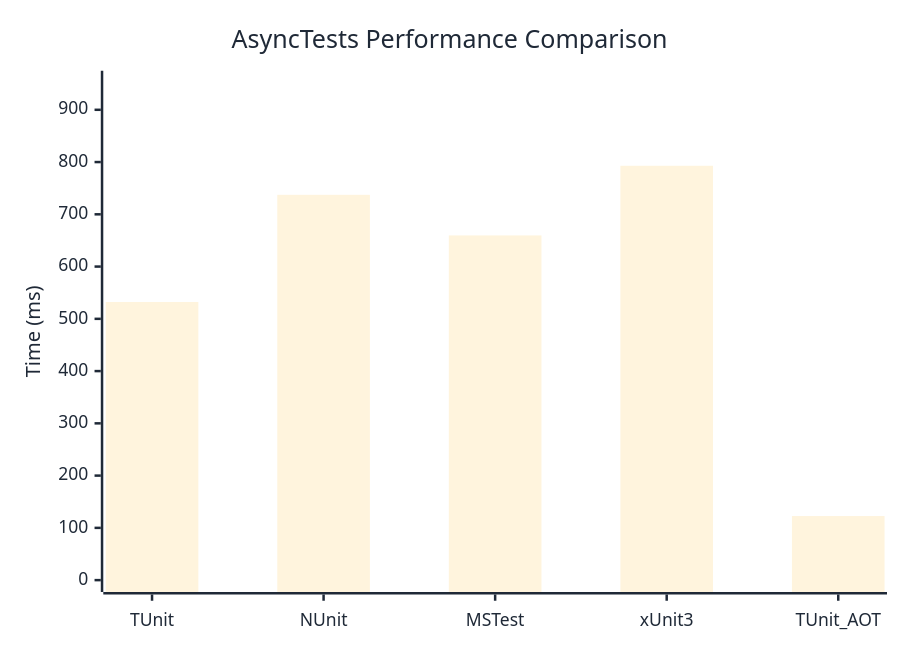
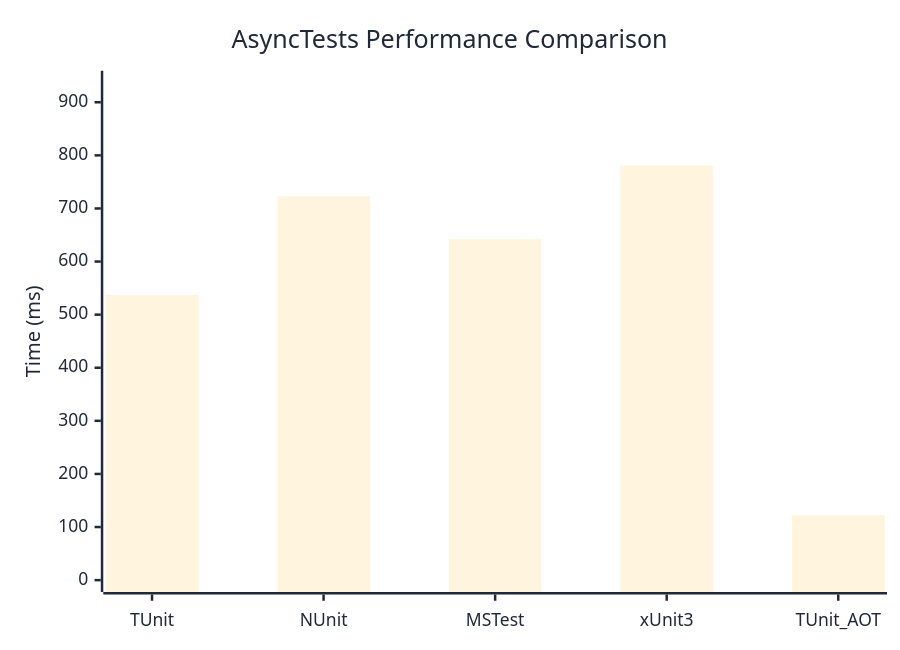
The diagram in docs/docs/benchmarks/AsyncTests.md (thomhurst/TUnit), drawn with Mermaid before and after one commit. The commit also changed other lines of this file and 17 other files, not shown here.

````diff
--- a/docs/docs/benchmarks/AsyncTests.md
+++ b/docs/docs/benchmarks/AsyncTests.md
@@ -27,37 +27,37 @@
 ```mermaid
 %%{init: {
   'theme':'base',
   'themeVariables': {
     'primaryColor': '#2563eb',
     'primaryTextColor': '#1f2937',
     'primaryBorderColor': '#1e40af',
     'lineColor': '#6b7280',
     'secondaryColor': '#7c3aed',
     'tertiaryColor': '#dc2626',
     'background': '#ffffff',
     'mainBkg': '#2563eb',
     'secondBkg': '#7c3aed',
     'tertiaryBkg': '#dc2626',
     'clusterBkg': '#f3f4f6',
     'edgeLabelBackground': '#ffffff',
     'tertiaryTextColor': '#1f2937',
     'pie1': '#2563eb',
     'pie2': '#7c3aed',
     'pie3': '#dc2626',
     'pie4': '#f59e0b',
     'pie5': '#10b981',
     'pie6': '#06b6d4',
     'pie7': '#ec4899',
     'pie8': '#6366f1',
     'pie9': '#84cc16',
     'pie10': '#f97316',
     'pie11': '#14b8a6',
     'pie12': '#a855f7'
   }
 }}%%
 xychart-beta
   title "AsyncTests Performance Comparison"
   x-axis ["TUnit", "NUnit", "MSTest", "xUnit3", "TUnit_AOT"]
-  y-axis "Time (ms)" 0 --> 952
-  bar [532.2, 737.3, 659.6, 792.9, 122.6]
+  y-axis "Time (ms)" 0 --> 937
+  bar [537, 723, 642.5, 780.5, 122.7]
 ```
````
